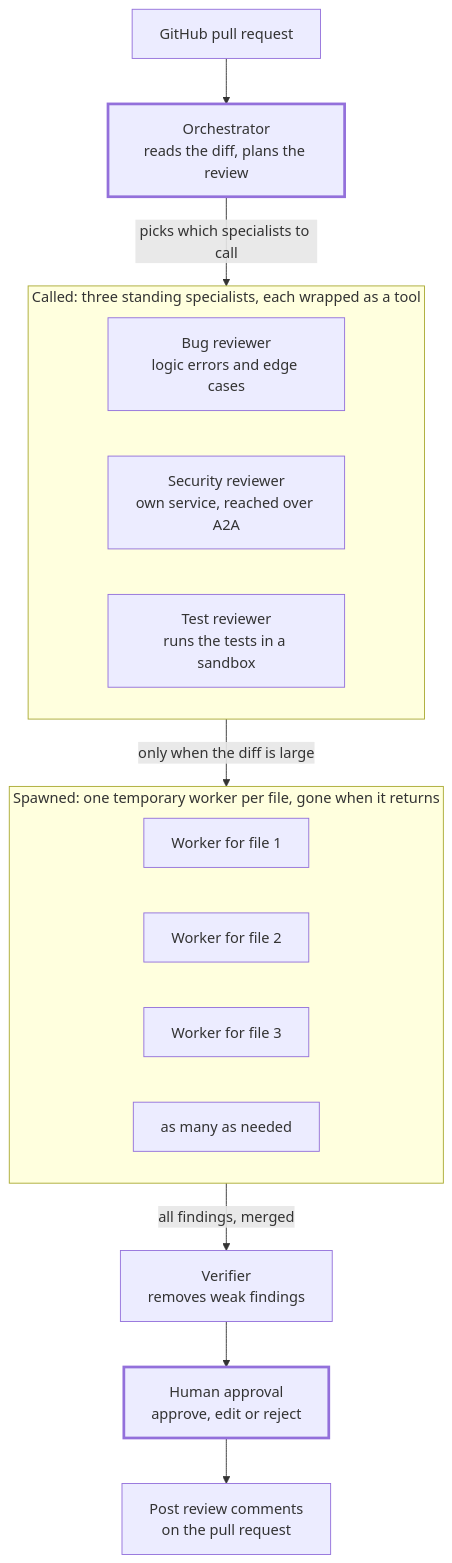
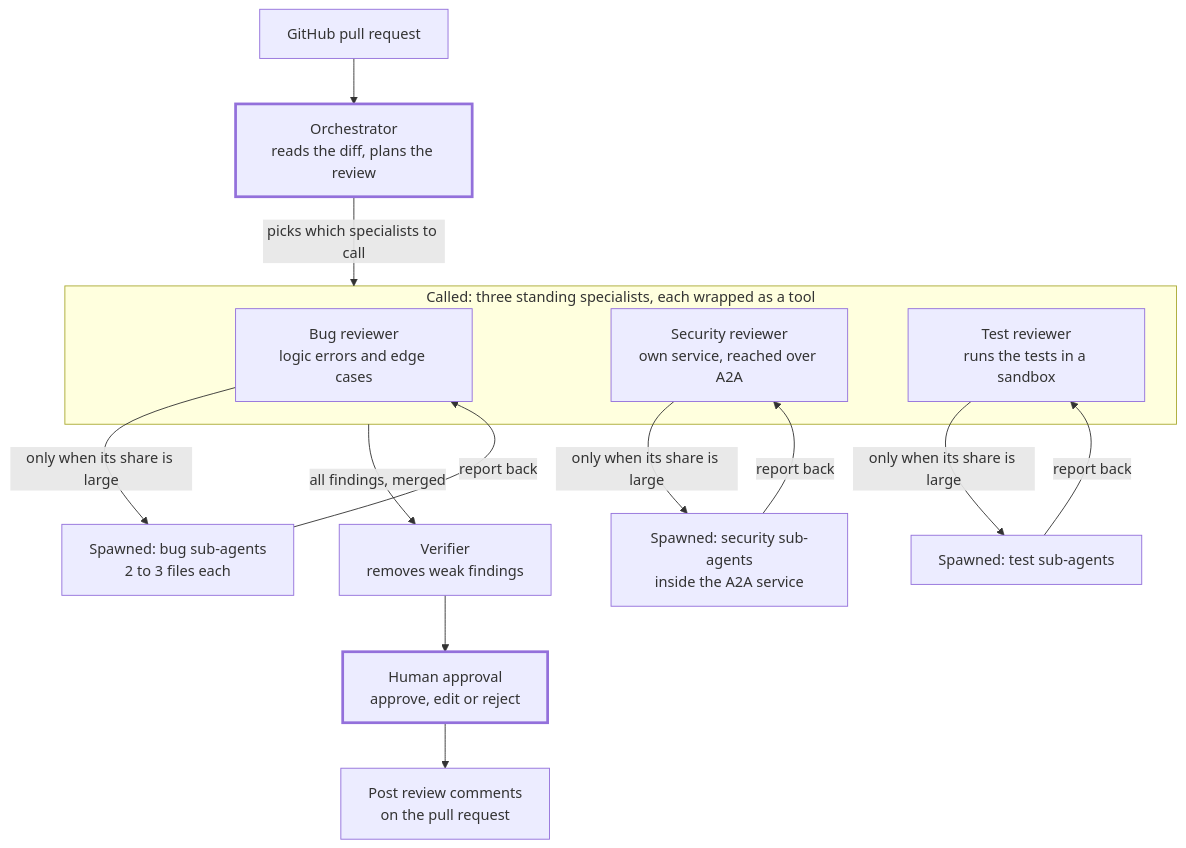
One commit to BilalAamir4/Multi-Agent-PR-Reviewer changed the diagram in docs/plan.md. Above: the diagram before and after it, drawn with Mermaid. The commit also changed other lines of this file and 39 other files, not shown here.

Commit message:
Stage 4A: specialists spawn their own sub-agents

````diff
--- a/docs/plan.md
+++ b/docs/plan.md
@@ -37,22 +37,21 @@
 ```mermaid
 flowchart TD
     PR["GitHub pull request"] --> ORCH["Orchestrator<br/>reads the diff, plans the review"]
     ORCH -->|picks which specialists to call| SPEC
     subgraph SPEC["Called: three standing specialists, each wrapped as a tool"]
         BUG["Bug reviewer<br/>logic errors and edge cases"]
         SEC["Security reviewer<br/>own service, reached over A2A"]
         TST["Test reviewer<br/>runs the tests in a sandbox"]
     end
-    SPEC -->|only when the diff is large| WORK
-    subgraph WORK["Spawned: one temporary worker per file, gone when it returns"]
-        W1["Worker for file 1"]
-        W2["Worker for file 2"]
-        W3["Worker for file 3"]
-        WN["as many as needed"]
-    end
-    WORK -->|all findings, merged| VER["Verifier<br/>removes weak findings"]
+    BUG -->|only when its share is large| BSUB["Spawned: bug sub-agents<br/>2 to 3 files each"]
+    SEC -->|only when its share is large| SSUB["Spawned: security sub-agents<br/>inside the A2A service"]
+    TST -->|only when its share is large| TSUB["Spawned: test sub-agents"]
+    BSUB -->|report back| BUG
+    SSUB -->|report back| SEC
+    TSUB -->|report back| TST
+    SPEC -->|all findings, merged| VER["Verifier<br/>removes weak findings"]
     VER --> HUM["Human approval<br/>approve, edit or reject"]
     HUM --> POST["Post review comments<br/>on the pull request"]
     classDef decision stroke-width:3px
     class ORCH,HUM decision
 ```
````
